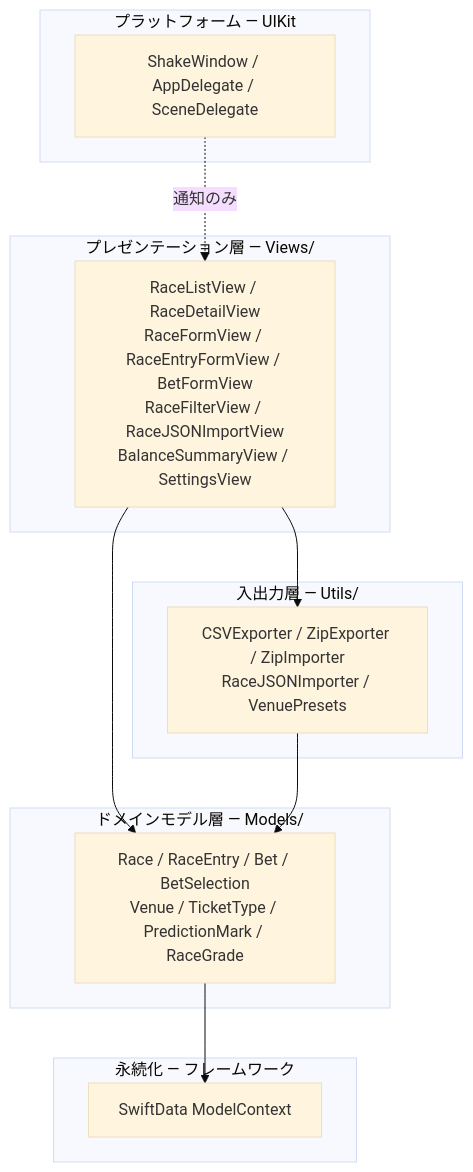
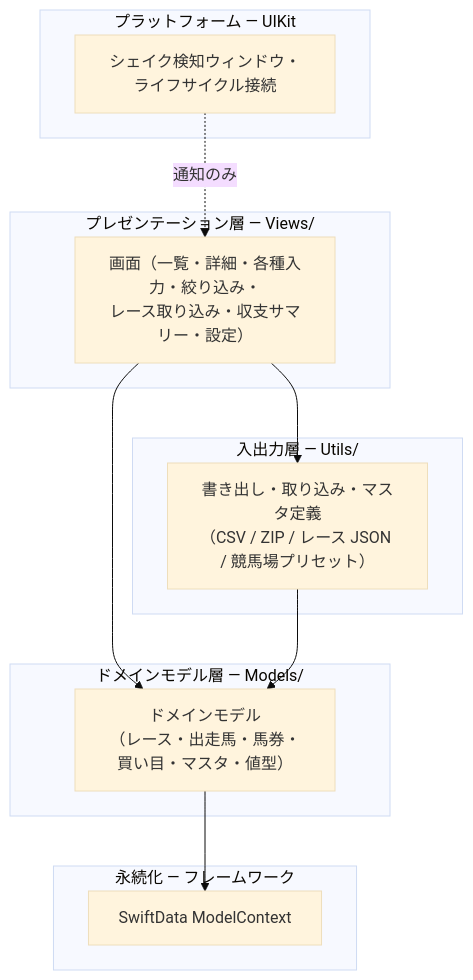
The second of 3 diagrams in docs/architecture.md (neko3cs/umalog), drawn with Mermaid (base theme) before and after one commit. The commit also changed other lines of this file and 2 other files, not shown here.

````diff
--- a/docs/architecture.md
+++ b/docs/architecture.md
@@ -66,28 +66,28 @@
 ```mermaid
 flowchart TB
     subgraph L1["プレゼンテーション層 — Views/"]
-        v["RaceListView / RaceDetailView<br/>RaceFormView / RaceEntryFormView / BetFormView<br/>RaceFilterView / RaceJSONImportView<br/>BalanceSummaryView / SettingsView"]
+        v["画面（一覧・詳細・各種入力・絞り込み・<br/>レース取り込み・収支サマリー・設定）"]
     end
 
     subgraph L2["入出力層 — Utils/"]
-        u["CSVExporter / ZipExporter / ZipImporter<br/>RaceJSONImporter / VenuePresets"]
+        u["書き出し・取り込み・マスタ定義<br/>（CSV / ZIP / レース JSON / 競馬場プリセット）"]
     end
 
     subgraph L3["ドメインモデル層 — Models/"]
-        m["Race / RaceEntry / Bet / BetSelection<br/>Venue / TicketType / PredictionMark / RaceGrade"]
+        m["ドメインモデル<br/>（レース・出走馬・馬券・買い目・マスタ・値型）"]
     end
 
     subgraph L4["永続化 — フレームワーク"]
         p["SwiftData ModelContext"]
     end
 
     subgraph L0["プラットフォーム — UIKit"]
-        k["ShakeWindow / AppDelegate / SceneDelegate"]
+        k["シェイク検知ウィンドウ・ライフサイクル接続"]
     end
 
     v --> m
     v --> u
     u --> m
     m --> p
     k -.->|通知のみ| v
 ```
````
